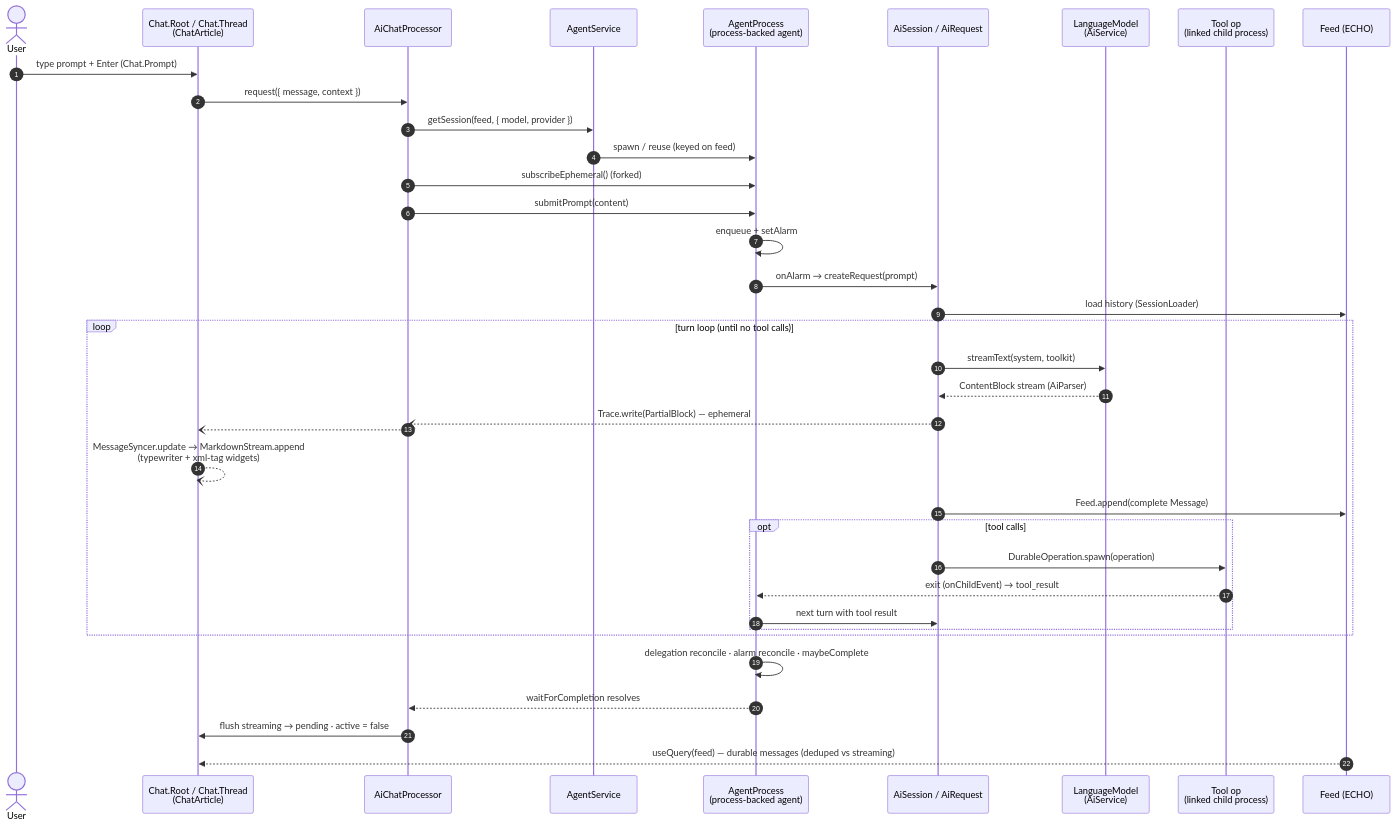
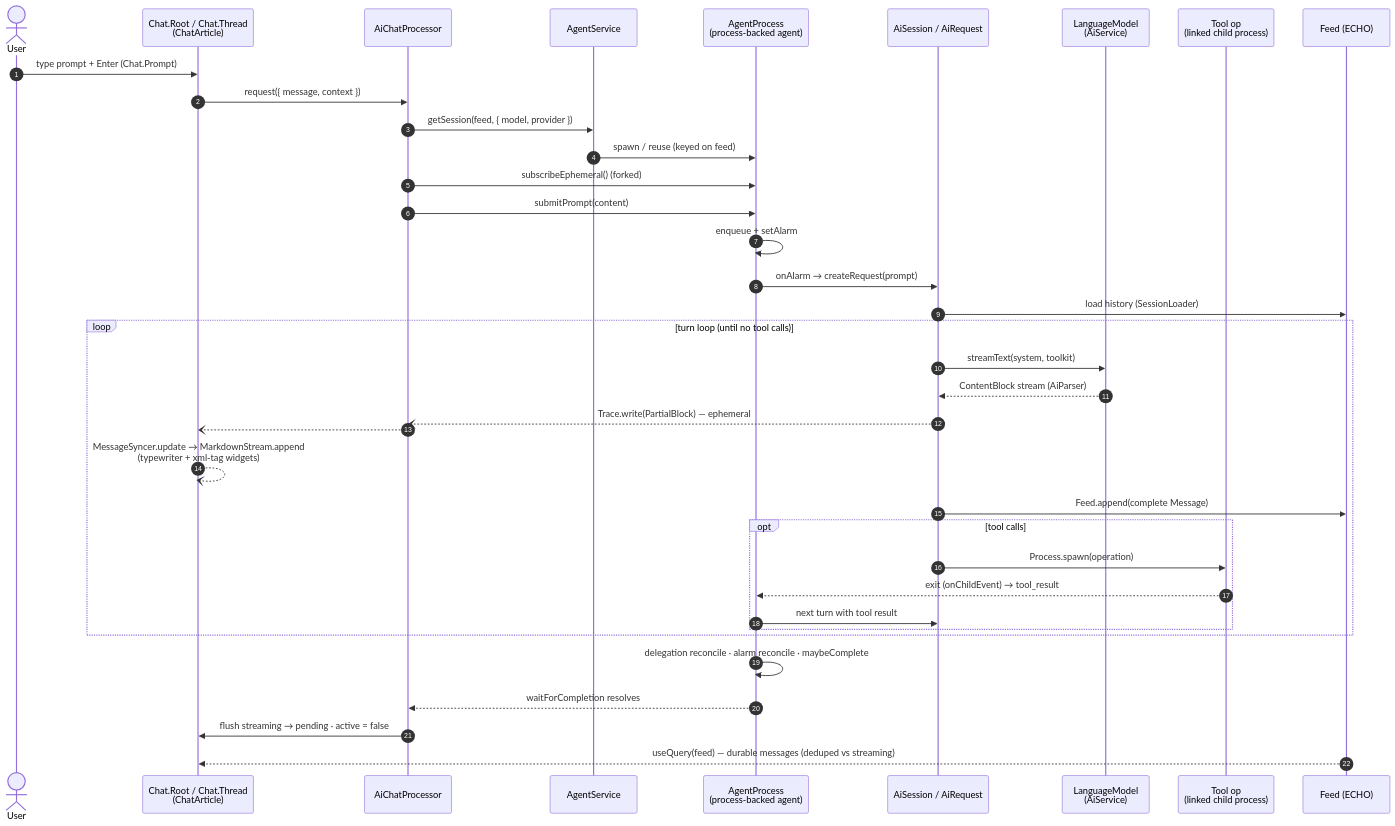
Before and after one commit to dxos/dxos: the diagram in packages/plugins/plugin-assistant/docs/DESIGN.md, drawn with Mermaid. The commit also changed other lines of this file and 13 other files, not shown here.

First line of the commit message:
compute: move spawn to Process.spawn

````diff
--- a/packages/plugins/plugin-assistant/docs/DESIGN.md
+++ b/packages/plugins/plugin-assistant/docs/DESIGN.md
@@ -38,42 +38,42 @@
 ```mermaid
 sequenceDiagram
   autonumber
   actor U as User
   participant UI as Chat.Root / Chat.Thread<br/>(ChatArticle)
   participant P as AiChatProcessor
   participant AS as AgentService
   participant AP as AgentProcess<br/>(process-backed agent)
   participant RQ as AiSession / AiRequest
   participant LM as LanguageModel<br/>(AiService)
   participant T as Tool op<br/>(linked child process)
   participant F as Feed (ECHO)
 
   U->>UI: type prompt + Enter (Chat.Prompt)
   UI->>P: request({ message, context })
   P->>AS: getSession(feed, { model, provider })
   AS->>AP: spawn / reuse (keyed on feed)
   P->>AP: subscribeEphemeral() (forked)
   P->>AP: submitPrompt(content)
   AP->>AP: enqueue + setAlarm
 
   AP->>RQ: onAlarm → createRequest(prompt)
   RQ->>F: load history (SessionLoader)
   loop turn loop (until no tool calls)
     RQ->>LM: streamText(system, toolkit)
     LM-->>RQ: ContentBlock stream (AiParser)
     RQ--)P: Trace.write(PartialBlock) — ephemeral
     P--)UI: #streaming atom → messages
     UI--)UI: MessageSyncer.update → MarkdownStream.append<br/>(typewriter + xml-tag widgets)
     RQ->>F: Feed.append(complete Message)
     opt tool calls
-      RQ->>T: DurableOperation.spawn(operation)
+      RQ->>T: Process.spawn(operation)
       T-->>AP: exit (onChildEvent) → tool_result
       AP->>RQ: next turn with tool result
     end
   end
 
   AP->>AP: delegation reconcile · alarm reconcile · maybeComplete
   AP-->>P: waitForCompletion resolves
   P->>UI: flush streaming → pending · active = false
   F-->>UI: useQuery(feed) — durable messages (deduped vs streaming)
 ```
````
